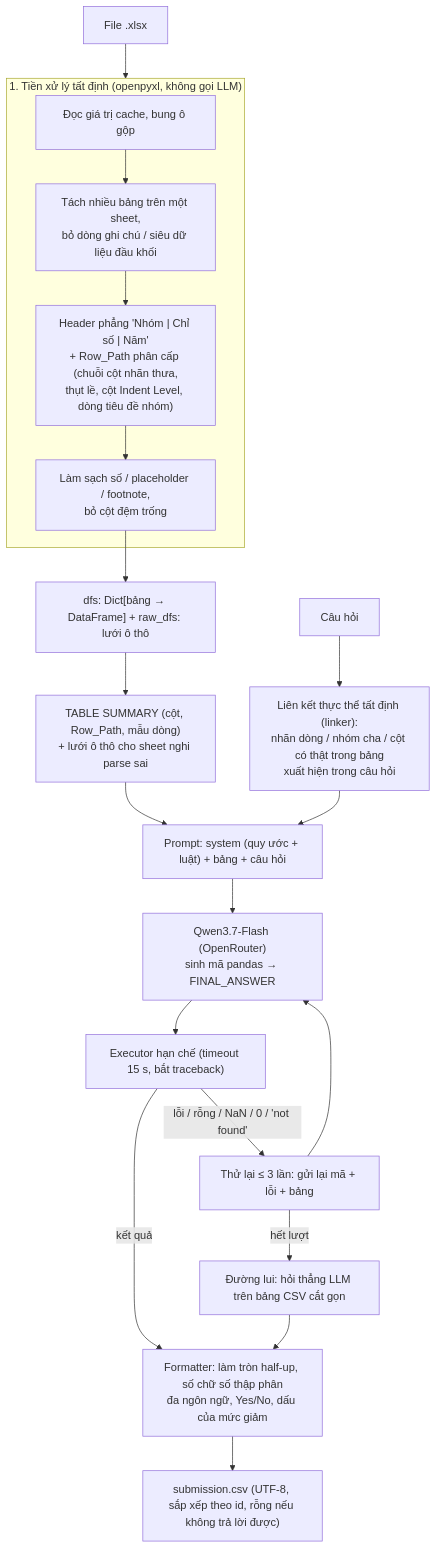
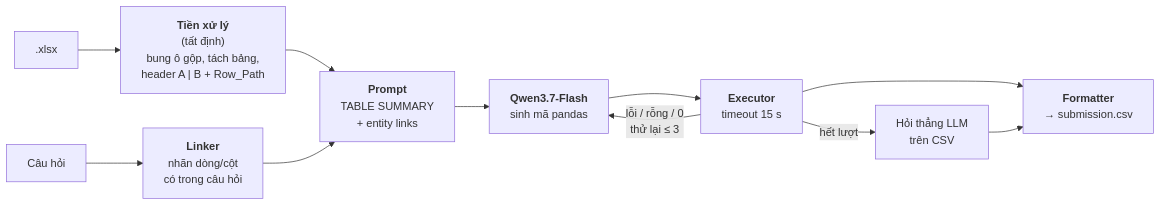
The diagram in README.md (daFoggo/round-1), drawn with Mermaid before and after one commit.

Commit message:
docs: compact horizontal architecture diagram

````diff
--- a/README.md
+++ b/README.md
@@ -11,22 +11,11 @@
 ```mermaid
-flowchart TD
-    X["File .xlsx"] --> PRE
-    subgraph PRE["1. Tiền xử lý tất định (openpyxl, không gọi LLM)"]
-        A1["Đọc giá trị cache, bung ô gộp"] --> A2["Tách nhiều bảng trên một sheet,<br/>bỏ dòng ghi chú / siêu dữ liệu đầu khối"]
-        A2 --> A3["Header phẳng 'Nhóm | Chỉ số | Năm'<br/>+ Row_Path phân cấp (chuỗi cột nhãn thưa,<br/>thụt lề, cột Indent Level, dòng tiêu đề nhóm)"]
-        A3 --> A4["Làm sạch số / placeholder / footnote,<br/>bỏ cột đệm trống"]
-    end
-    A4 --> DFS["dfs: Dict[bảng → DataFrame] + raw_dfs: lưới ô thô"]
-    Q["Câu hỏi"] --> LNK["Liên kết thực thể tất định (linker):<br/>nhãn dòng / nhóm cha / cột có thật trong bảng<br/>xuất hiện trong câu hỏi"]
-    DFS --> SUM["TABLE SUMMARY (cột, Row_Path, mẫu dòng)<br/>+ lưới ô thô cho sheet nghi parse sai"]
-    SUM --> PROMPT
-    LNK --> PROMPT["Prompt: system (quy ước + luật) + bảng + câu hỏi"]
-    PROMPT --> LLM["Qwen3.7-Flash (OpenRouter)<br/>sinh mã pandas → FINAL_ANSWER"]
-    LLM --> EXE["Executor hạn chế (timeout 15 s, bắt traceback)"]
-    EXE -- "lỗi / rỗng / NaN / 0 / 'not found'" --> RETRY["Thử lại ≤ 3 lần: gửi lại mã + lỗi + bảng"]
-    RETRY --> LLM
-    EXE -- "kết quả" --> FMT["Formatter: làm tròn half-up, số chữ số thập phân<br/>đa ngôn ngữ, Yes/No, dấu của mức giảm"]
-    RETRY -- "hết lượt" --> FB["Đường lui: hỏi thẳng LLM trên bảng CSV cắt gọn"]
+flowchart LR
+    X[".xlsx"] --> PRE["<b>Tiền xử lý</b><br/>(tất định)<br/>bung ô gộp, tách bảng,<br/>header A | B + Row_Path"]
+    PRE --> SUM["<b>Prompt</b><br/>TABLE SUMMARY<br/>+ entity links"]
+    Q["Câu hỏi"] --> LNK["<b>Linker</b><br/>nhãn dòng/cột<br/>có trong câu hỏi"] --> SUM
+    SUM --> LLM["<b>Qwen3.7-Flash</b><br/>sinh mã pandas"] --> EXE["<b>Executor</b><br/>timeout 15 s"]
+    EXE -- "lỗi / rỗng / 0<br/>thử lại ≤ 3" --> LLM
+    EXE -- "hết lượt" --> FB["Hỏi thẳng LLM<br/>trên CSV"]
+    EXE --> FMT["<b>Formatter</b><br/>→ submission.csv"]
     FB --> FMT
-    FMT --> OUT["submission.csv (UTF-8, sắp xếp theo id, rỗng nếu không trả lời được)"]
 ```
````
